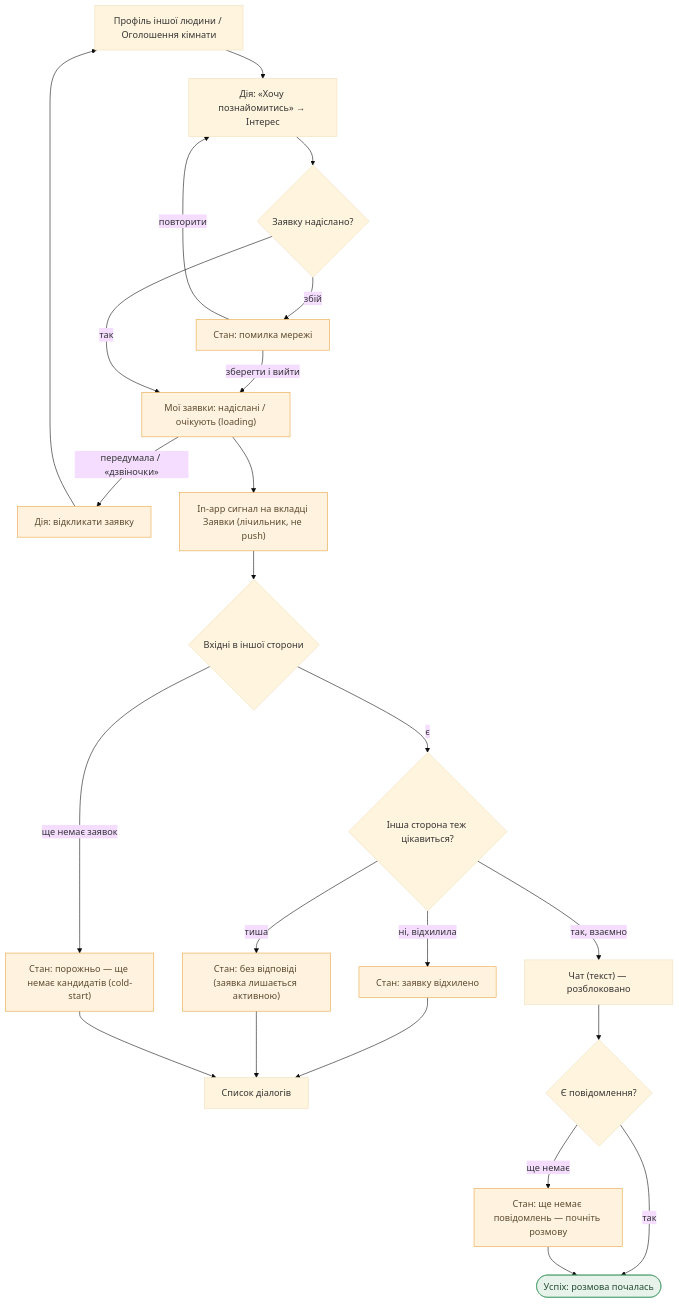
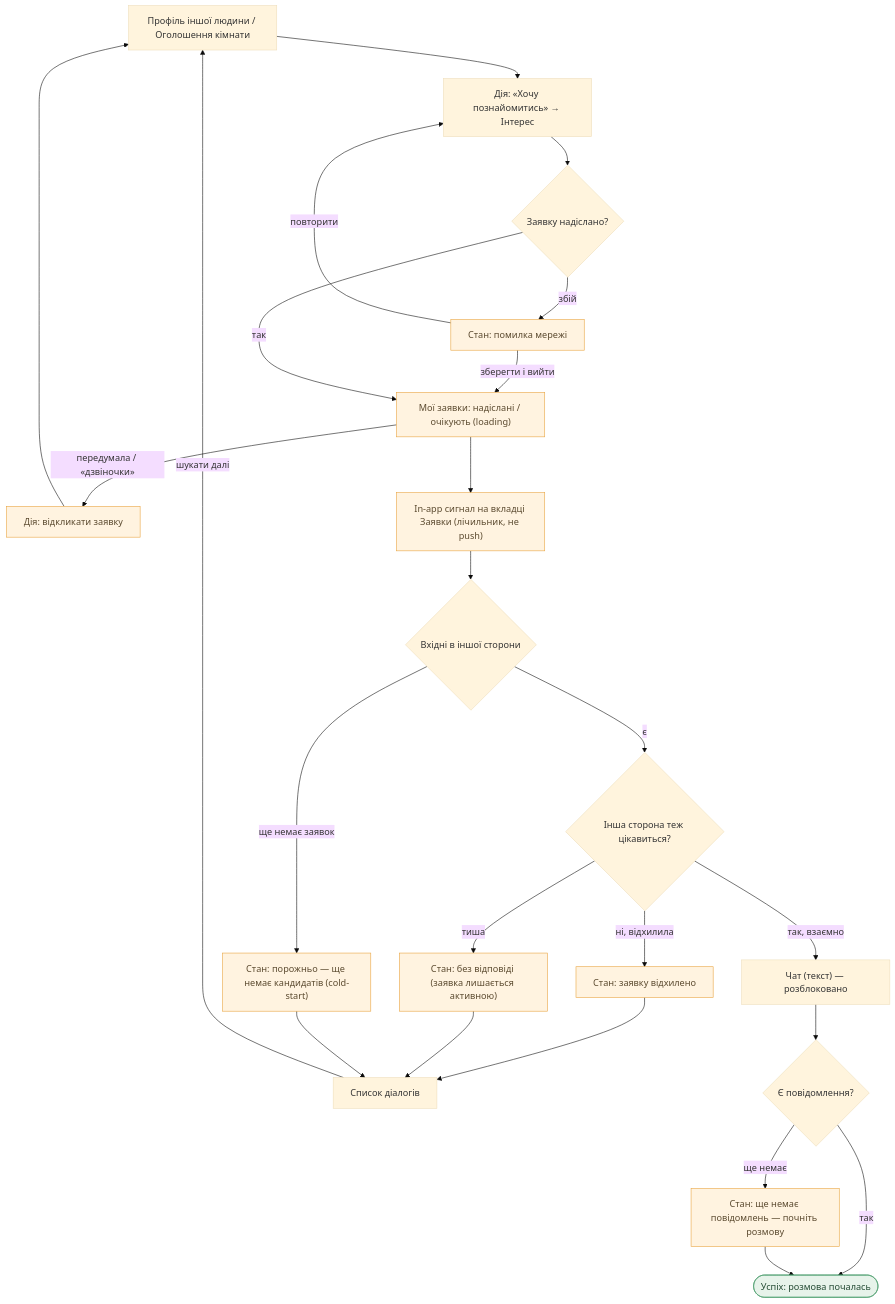
Before and after one commit to denysosadchyi/kutok: the fourth of 5 diagrams in flows.md, drawn with Mermaid (base theme). The commit also changed 7 other files, not shown here.

````diff
--- a/flows.md
+++ b/flows.md
@@ -159,35 +159,36 @@
 ```mermaid
 flowchart TD
     A["Профіль іншої людини / Оголошення кімнати"] --> B["Дія: «Хочу познайомитись» → Інтерес"]
     B --> C{"Заявку надіслано?"}
     C -->|збій| Err["Стан: помилка мережі"]
     Err -->|повторити| B
     Err -->|зберегти і вийти| My
     C -->|так| My["Мої заявки: надіслані / очікують (loading)"]
 
     My -->|передумала / «дзвіночки»| Wd["Дія: відкликати заявку"]
     Wd --> A
     My --> Sig["In-app сигнал на вкладці Заявки (лічильник, не push)"]
 
     Sig --> E{"Вхідні в іншої сторони"}
     E -->|ще немає заявок| EmptyIn["Стан: порожньо — ще немає кандидатів (cold-start)"]
     E -->|є| F{"Інша сторона теж цікавиться?"}
 
     F -->|ні, відхилила| Rej["Стан: заявку відхилено"]
     F -->|тиша| Silent["Стан: без відповіді (заявка лишається активною)"]
     F -->|так, взаємно| G["Чат (текст) — розблоковано"]
 
     Rej --> Back["Список діалогів"]
     Silent --> Back
     EmptyIn --> Back
+    Back -->|шукати далі| A
 
     G --> H{"Є повідомлення?"}
     H -->|ще немає| GEmpty["Стан: ще немає повідомлень — почніть розмову"]
     H -->|так| Ok(["Успіх: розмова почалась"])
     GEmpty --> Ok
 
     classDef state fill:#fff3e0,stroke:#e8a33d,color:#5b4a2f;
     classDef ok fill:#e7f3ea,stroke:#4a9d6a,color:#234a33;
     class Err,My,Rej,Silent,EmptyIn,GEmpty,Sig,Wd state;
     class Ok ok;
 ```
````
